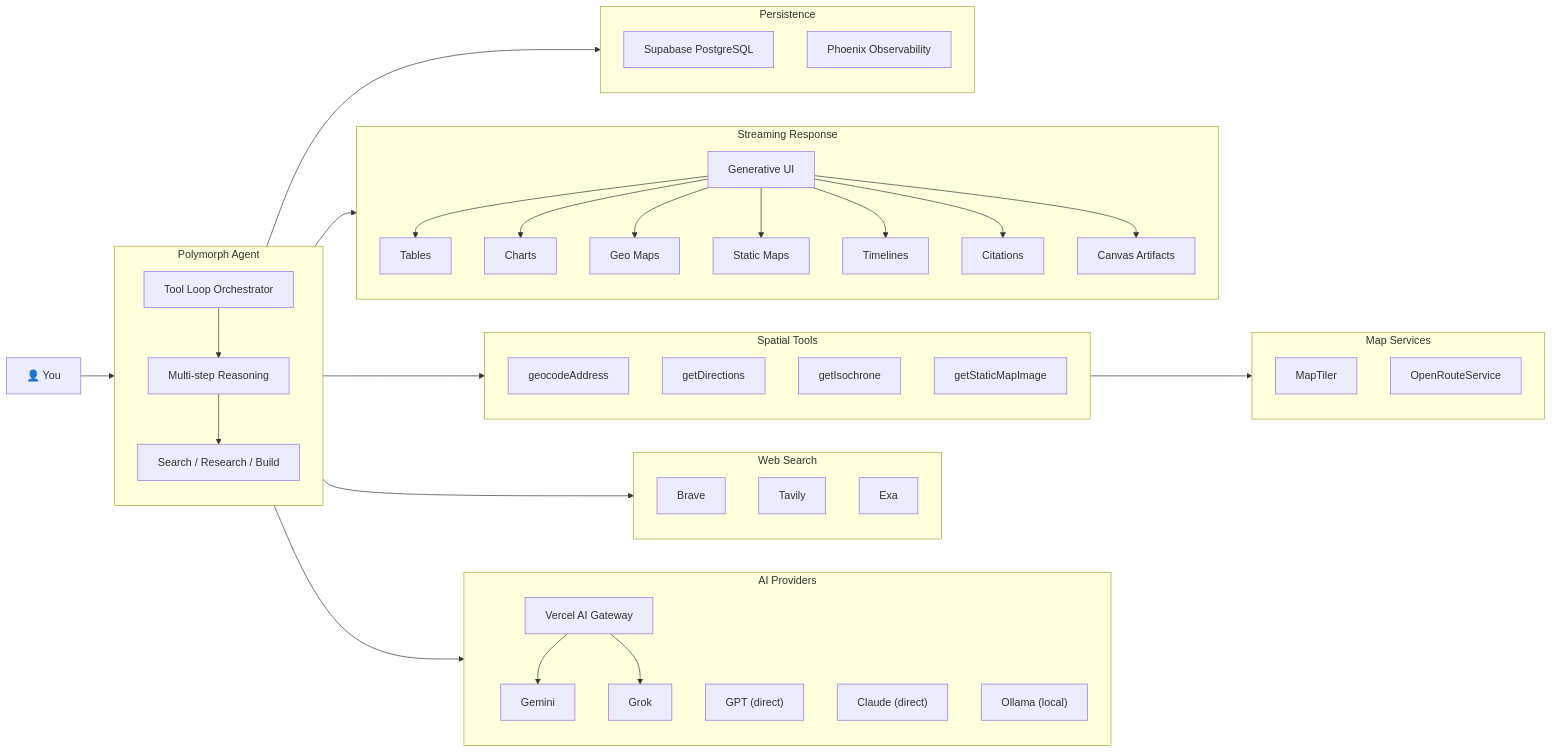
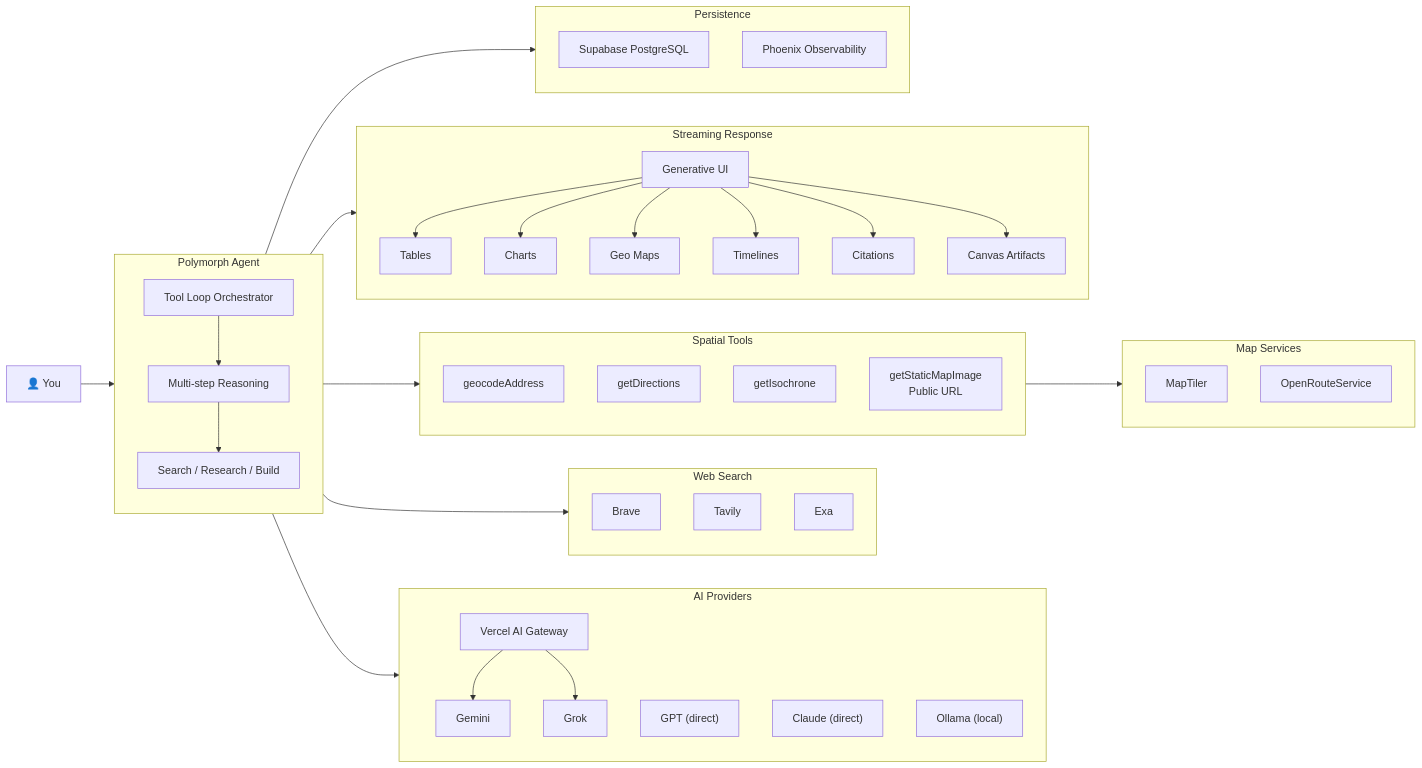
Before and after one commit to NickB03/polymorph: the diagram in README.md, drawn with Mermaid. The commit also changed 5 other files, not shown here.

Commit message:
docs: fix architecture doc drift

````diff
--- a/README.md
+++ b/README.md
@@ -30,67 +30,66 @@
 ```mermaid
 graph LR
     User["👤 You"]
 
     subgraph Agent["Polymorph Agent"]
         direction TB
         Orchestrator["Tool Loop Orchestrator"]
         Reasoning["Multi-step Reasoning"]
         Modes["Search / Research / Build"]
         Orchestrator --> Reasoning --> Modes
     end
 
     subgraph Providers["AI Providers"]
         direction TB
         Gateway["Vercel AI Gateway"]
         Gemini["Gemini"]
         Grok["Grok"]
         Gateway --> Gemini & Grok
         GPT["GPT (direct)"]
         Claude["Claude (direct)"]
         Ollama["Ollama (local)"]
     end
 
     subgraph Search["Web Search"]
         Brave["Brave"]
         Tavily["Tavily"]
         Exa["Exa"]
     end
 
     subgraph Geo["Spatial Tools"]
         Geocode["geocodeAddress"]
         Directions["getDirections"]
         Isochrone["getIsochrone"]
-        StaticMap["getStaticMapImage"]
+        StaticMap["getStaticMapImage<br/>Public URL"]
     end
 
     subgraph MapServices["Map Services"]
         MapTiler["MapTiler"]
         ORS["OpenRouteService"]
     end
 
     subgraph Response["Streaming Response"]
         direction TB
         GenUI["Generative UI"]
         Tables["Tables"]
         Charts["Charts"]
         GeoMaps["Geo Maps"]
-        StaticMaps["Static Maps"]
         Timelines["Timelines"]
         Citations["Citations"]
         Canvas["Canvas Artifacts"]
-        GenUI --> Tables & Charts & GeoMaps & StaticMaps & Timelines & Citations & Canvas
+        GenUI --> Tables & Charts & GeoMaps & Timelines & Citations & Canvas
     end
 
     subgraph Data["Persistence"]
         Supabase["Supabase PostgreSQL"]
         Phoenix["Phoenix Observability"]
     end
 
     User --> Agent
     Agent --> Providers
     Agent --> Search
     Agent --> Geo
     Geo --> MapServices
     Agent --> Response
     Agent --> Data
 ```
````
